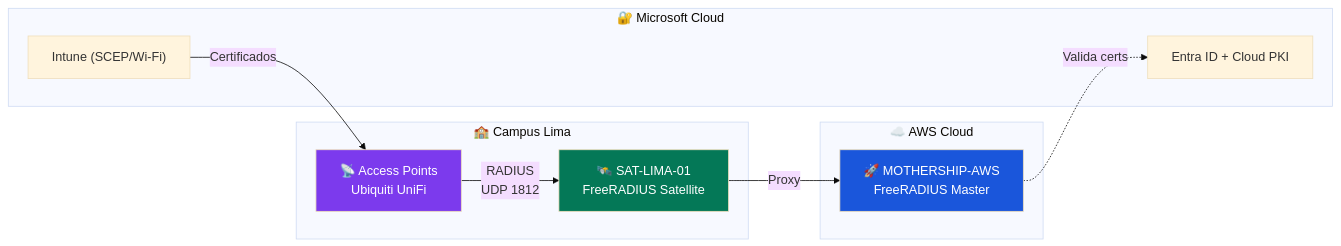
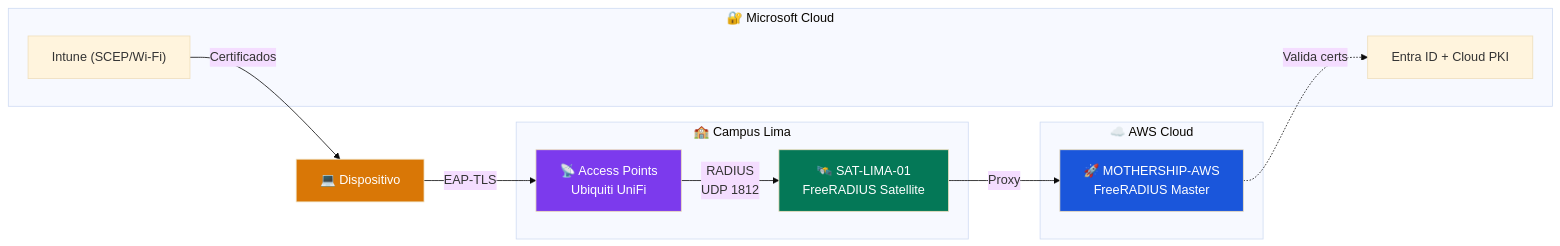
One commit to UPeU-CRAI/upeu-mothership-radius changed the diagram in README.md. Above: the diagram before and after it, drawn with Mermaid (base theme). The commit also changed other lines of this file and 10 other files, not shown here.

````diff
--- a/README.md
+++ b/README.md
@@ -9,25 +9,27 @@
 ```mermaid
 flowchart LR
     subgraph Campus["🏫 Campus Lima"]
         AP["📡 Access Points<br/>Ubiquiti UniFi"]
         SAT["🛰️ SAT-LIMA-01<br/>FreeRADIUS Satellite"]
     end
 
     subgraph AWS["☁️ AWS Cloud"]
         MOTH["🚀 MOTHERSHIP-AWS<br/>FreeRADIUS Master"]
     end
 
     subgraph Microsoft["🔐 Microsoft Cloud"]
         ENTRA["Entra ID + Cloud PKI"]
         INTUNE["Intune (SCEP/Wi-Fi)"]
     end
 
+    Device["💻 Dispositivo"] -->|"EAP-TLS"| AP
     AP -->|"RADIUS<br/>UDP 1812"| SAT
     SAT -->|"Proxy"| MOTH
     MOTH -.->|"Valida certs"| ENTRA
-    INTUNE -->|"Certificados"| AP
+    INTUNE -->|"Certificados"| Device
 
     style MOTH fill:#1a56db,color:#fff
     style SAT fill:#047857,color:#fff
     style AP fill:#7c3aed,color:#fff
+    style Device fill:#d97706,color:#fff
 ```
````
